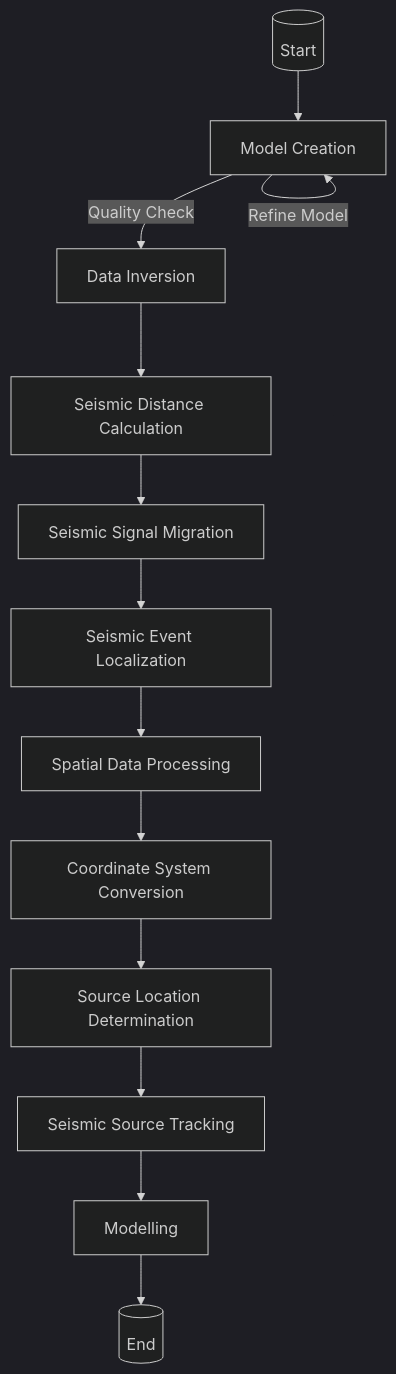
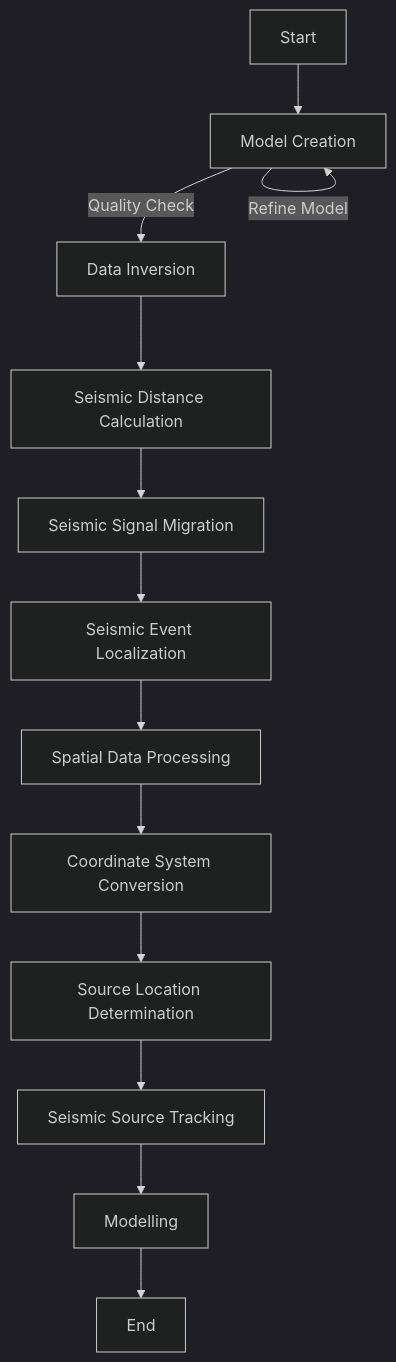
The diagram in docs/requirement.md (n1az/pyseis), drawn with Mermaid (dark theme) before and after one commit. The commit also changed other lines of this file, not shown here.

````diff
--- a/docs/requirement.md
+++ b/docs/requirement.md
@@ -5,15 +5,15 @@
 ```mermaid
 graph TD
-    A[(Start)] --> B[Model Creation]
+    A[Start] --> B[Model Creation]
     B -->|Quality Check| C[Data Inversion]
     B -->|Refine Model| B
     C --> D[Seismic Distance Calculation]
     D --> E[Seismic Signal Migration]
     E --> F[Seismic Event Localization]
     F --> G[Spatial Data Processing]
     G --> H[Coordinate System Conversion]
     H --> I[Source Location Determination]
     I --> J[Seismic Source Tracking]
     J --> K[Modelling]
-    K --> L[(End)]
+    K --> L[End]
 ```
````
